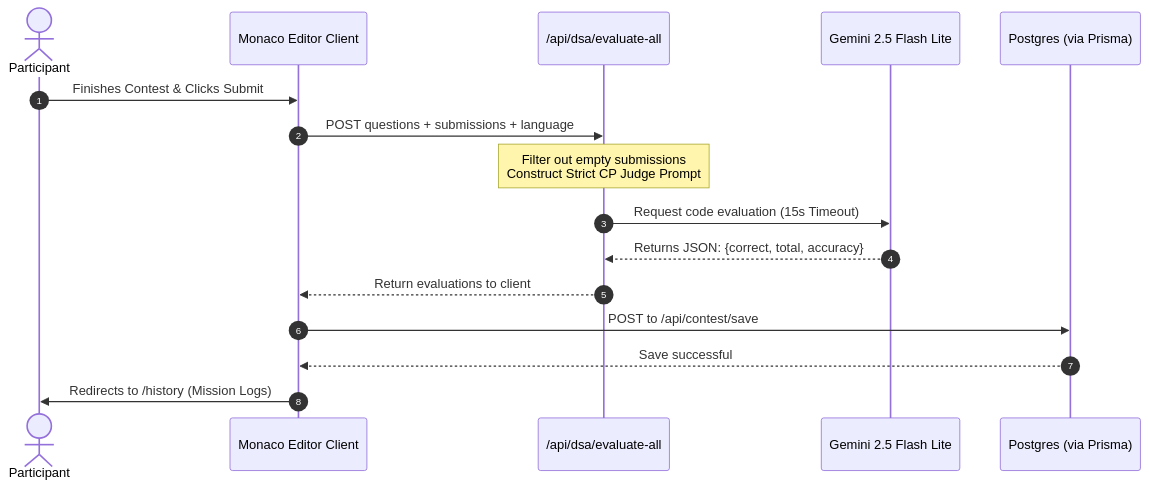
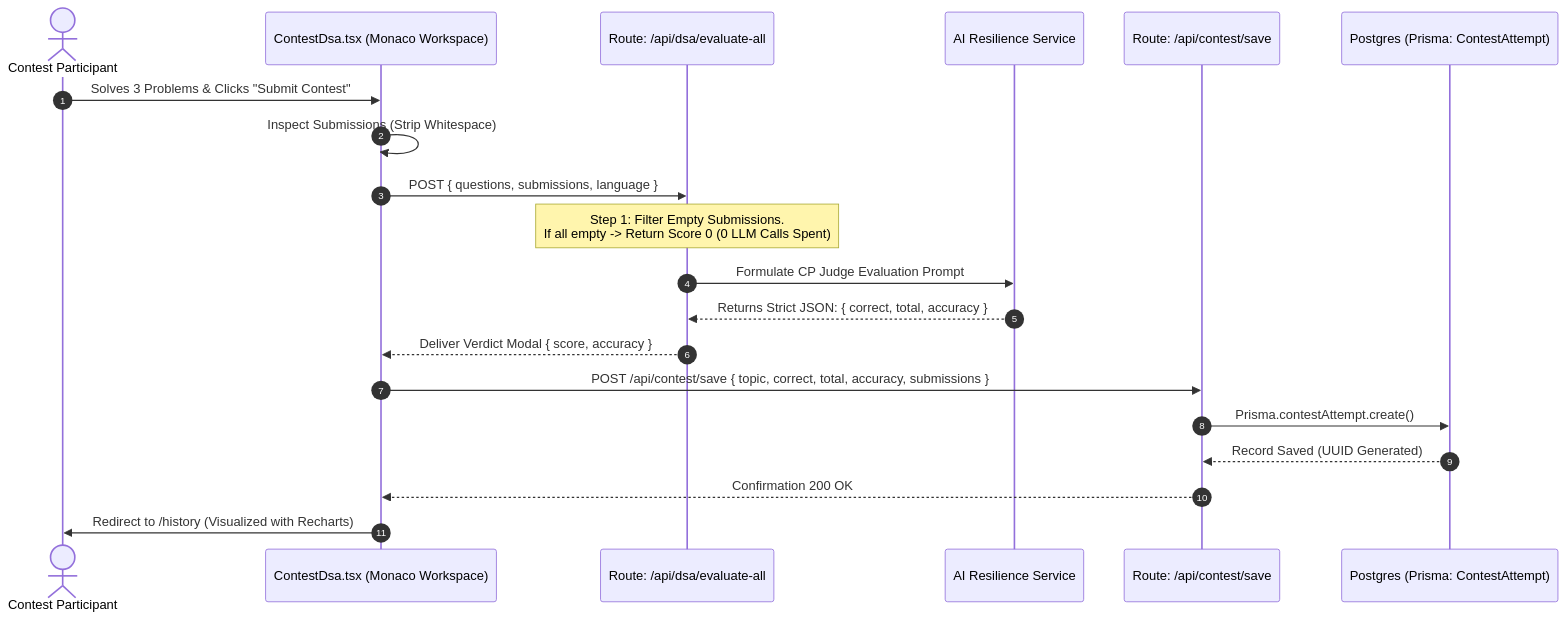
The ninth of 21 diagrams in README.md (DevSars24/codeify), drawn with Mermaid before and after one commit. The commit also changed other lines of this file, not shown here.

````diff
--- a/README.md
+++ b/README.md
@@ -114,18 +361,23 @@
 ```mermaid
 sequenceDiagram
     autonumber
-    actor User as Participant
-    participant FE as Monaco Editor Client
-    participant API as /api/dsa/evaluate-all
-    participant Gemini as Gemini 2.5 Flash Lite
-    participant DB as Postgres (via Prisma)
-    User->>FE: Finishes Contest & Clicks Submit
-    FE->>API: POST questions + submissions + language
-    Note over API: Filter out empty submissions<br/>Construct Strict CP Judge Prompt
-    API->>Gemini: Request code evaluation (15s Timeout)
-    Gemini-->>API: Returns JSON: {correct, total, accuracy}
-    API-->>FE: Return evaluations to client
-    FE->>DB: POST to /api/contest/save
-    DB-->>FE: Save successful
-    FE->>User: Redirects to /history (Mission Logs)
+    actor Candidate as Contest Participant
+    participant UI as ContestDsa.tsx (Monaco Workspace)
+    participant EvalAPI as Route: /api/dsa/evaluate-all
+    participant AIService as AI Resilience Service
+    participant SaveAPI as Route: /api/contest/save
+    participant DB as Postgres (Prisma: ContestAttempt)
+
+    Candidate->>UI: Solves 3 Problems & Clicks "Submit Contest"
+    UI->>UI: Inspect Submissions (Strip Whitespace)
+    UI->>EvalAPI: POST { questions, submissions, language }
+    Note over EvalAPI: Step 1: Filter Empty Submissions.<br/>If all empty -> Return Score 0 (0 LLM Calls Spent)
+    EvalAPI->>AIService: Formulate CP Judge Evaluation Prompt
+    AIService-->>EvalAPI: Returns Strict JSON: { correct, total, accuracy }
+    EvalAPI-->>UI: Deliver Verdict Modal { score, accuracy }
+    UI->>SaveAPI: POST /api/contest/save { topic, correct, total, accuracy, submissions }
+    SaveAPI->>DB: Prisma.contestAttempt.create()
+    DB-->>SaveAPI: Record Saved (UUID Generated)
+    SaveAPI-->>UI: Confirmation 200 OK
+    UI->>Candidate: Redirect to /history (Visualized with Recharts)
 ```
````
